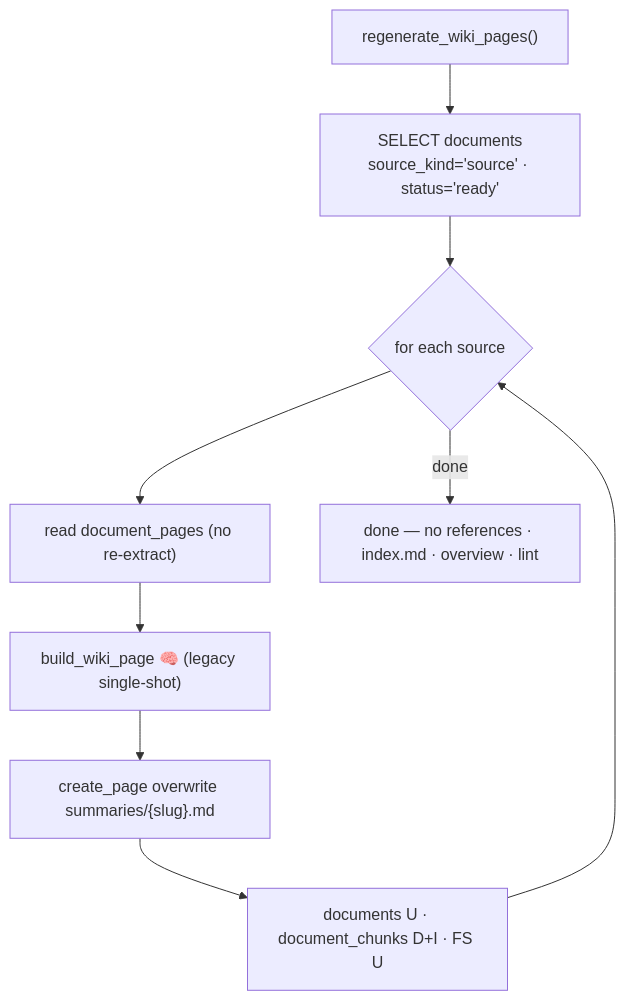
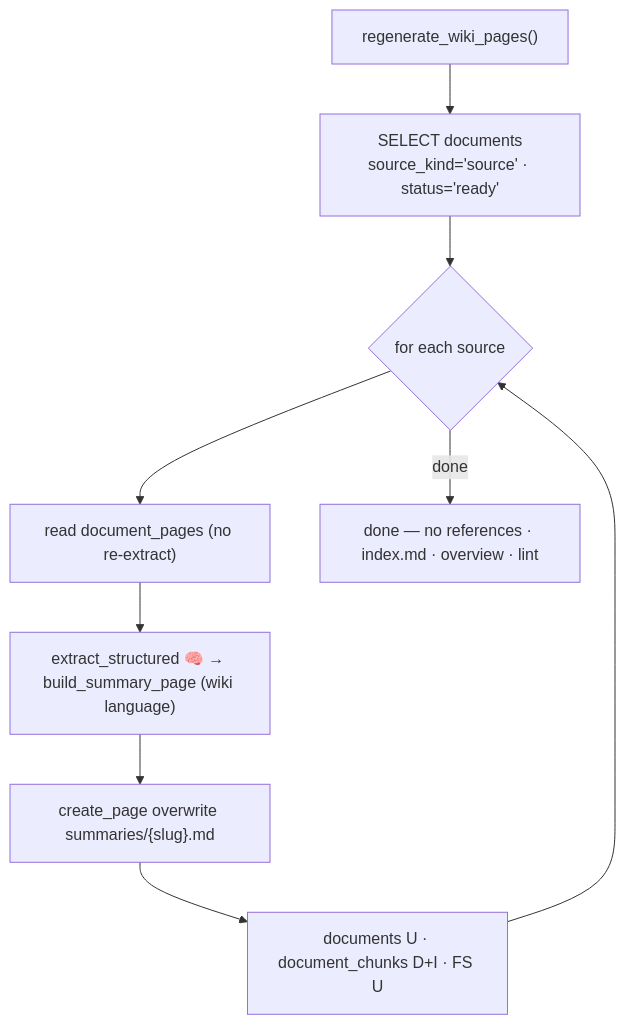
One commit to Clod/llmwiki-marimo changed the diagram in docs/manual/workflows/6.6-regenerate-pages.md. Above: the diagram before and after it, drawn with Mermaid. The commit also changed other lines of this file and 181 other files, not shown here.

````diff
--- a/docs/manual/workflows/6.6-regenerate-pages.md
+++ b/docs/manual/workflows/6.6-regenerate-pages.md
@@ -7,11 +7,11 @@
 ```mermaid
 flowchart TD
     RG["regenerate_wiki_pages()"] --> Q["SELECT documents<br/>source_kind='source' · status='ready'"]
     Q --> LP{"for each source"}
     LP --> RD["read document_pages (no re-extract)"]
-    RD --> BW["build_wiki_page 🧠 (legacy single-shot)"]
+    RD --> BW["extract_structured 🧠 → build_summary_page (wiki language)"]
     BW --> CP["create_page overwrite summaries/{slug}.md"]
     CP --> WR["documents U · document_chunks D+I · FS U"]
     WR --> LP
     LP -->|done| Z["done — no references · index.md · overview · lint"]
 ```
````
